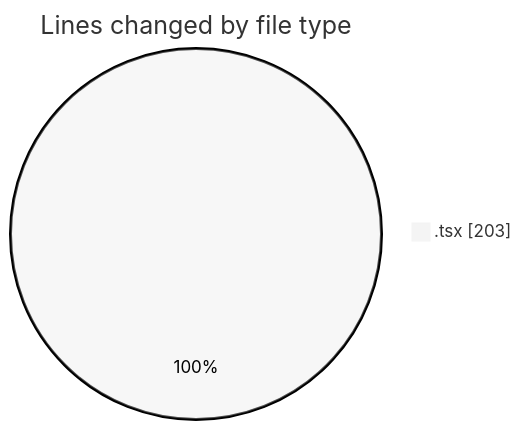
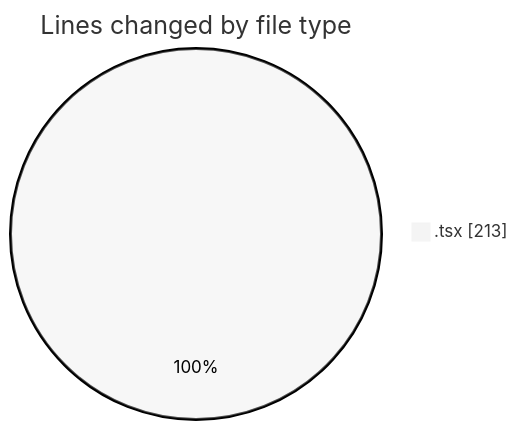
One commit to Elitesun/code-tracking changed the first of 2 diagrams in 2025-05-20/niten/README.md. Above: the diagram before and after it, drawn with Mermaid (neutral theme). The commit also changed other lines of this file and 1 other file, not shown here.

````diff
--- a/2025-05-20/niten/README.md
+++ b/2025-05-20/niten/README.md
@@ -20,5 +20,5 @@
 ```mermaid
 pie showData
 title Lines changed by file type
-".tsx" : 203
+".tsx" : 213
 ```
````
